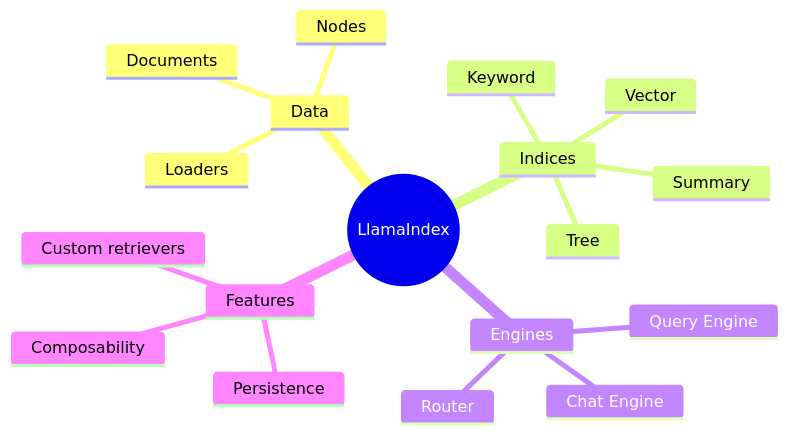
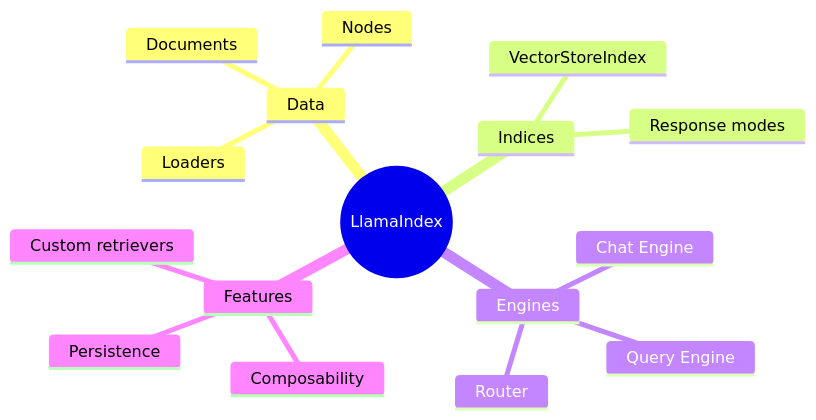
The fifth of 9 diagrams in Phase_3_Single_Agent/Day_045_llamaindex_and_framework_comparison/llamaindex_and_framework_comparison.md (akshkr/akashnotes), drawn with Mermaid before and after one commit. The commit also changed other lines of this file and 37 other files, not shown here.

````diff
--- a/Phase_3_Single_Agent/Day_045_llamaindex_and_framework_comparison/llamaindex_and_framework_comparison.md
+++ b/Phase_3_Single_Agent/Day_045_llamaindex_and_framework_comparison/llamaindex_and_framework_comparison.md
@@ -473,21 +469,19 @@
 ```mermaid
 mindmap
   root((LlamaIndex))
     Data
       Documents
       Nodes
       Loaders
     Indices
-      Vector
-      Summary
-      Tree
-      Keyword
+      VectorStoreIndex
+      Response modes
     Engines
       Query Engine
       Chat Engine
       Router
     Features
       Persistence
       Composability
       Custom retrievers
 ```
````
